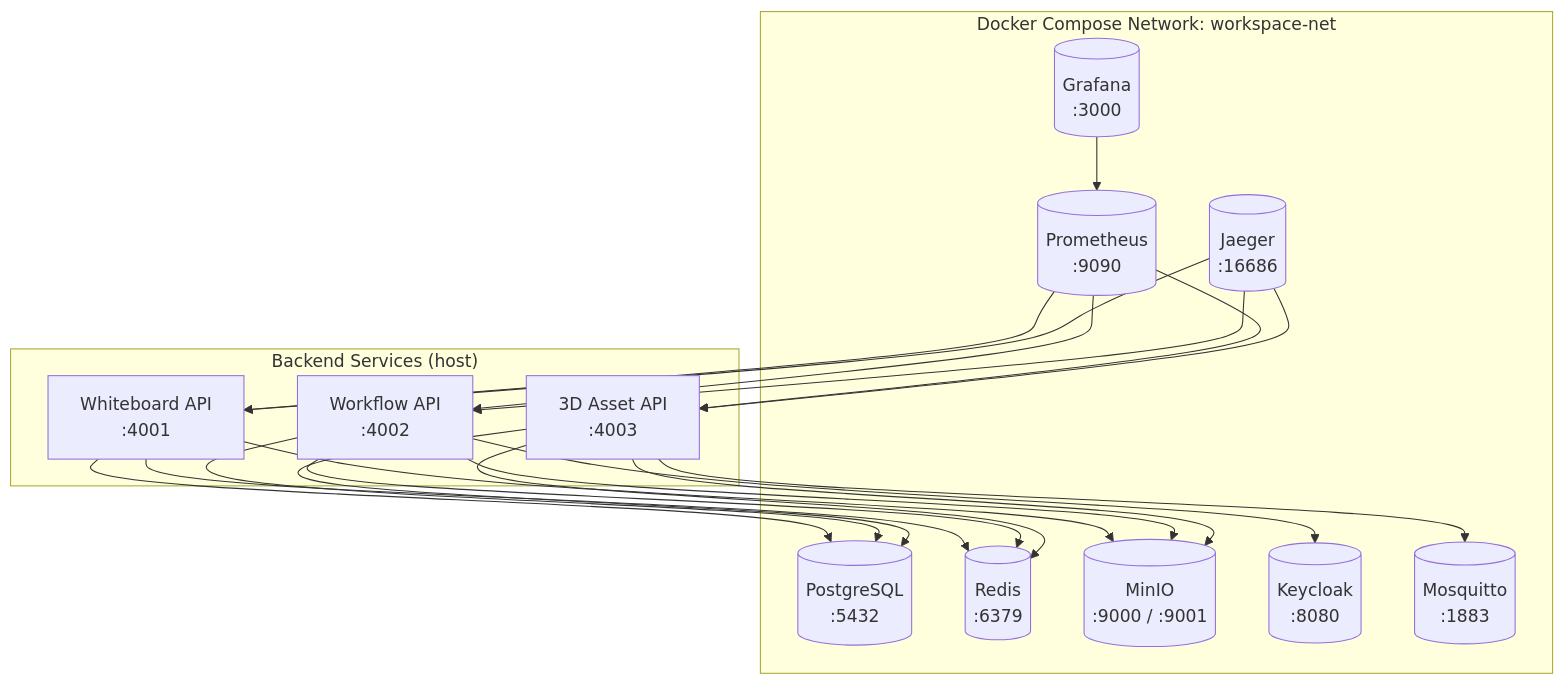
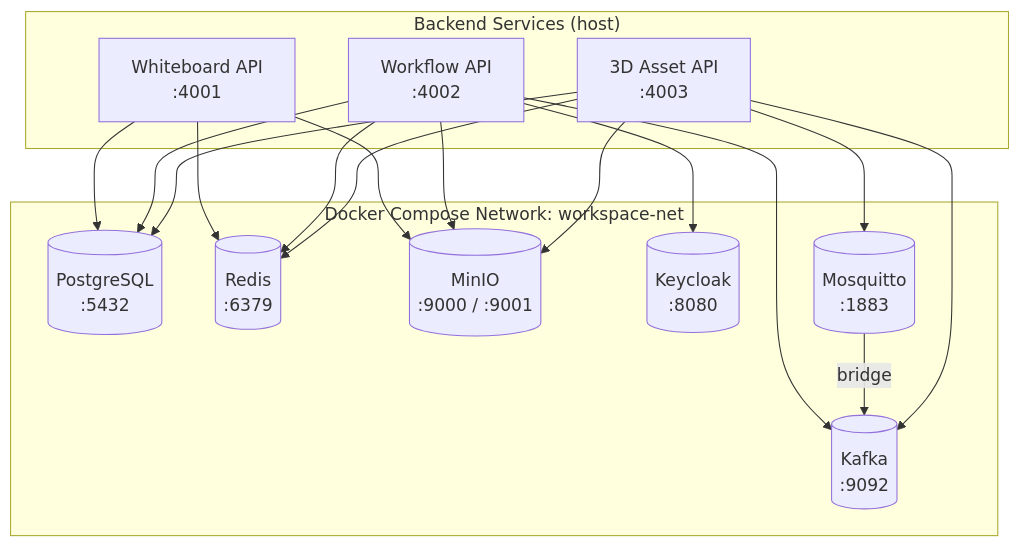
The diagram in docs/global_infra.md (Eyolf6Coyote7/Eyolf6Coyote7), drawn with Mermaid before and after one commit. The commit also changed other lines of this file and 1 other file, not shown here.

First line of the commit message:
📘docs#23: remove DevOps tools, add Kafka, add messaging patterns

````diff
--- a/docs/global_infra.md
+++ b/docs/global_infra.md
@@ -9,38 +9,32 @@
 ```mermaid
 graph TD
   subgraph "Docker Compose Network: workspace-net"
     PG[(PostgreSQL<br/>:5432)]
     RD[(Redis<br/>:6379)]
     MIO[(MinIO<br/>:9000 / :9001)]
     KC[(Keycloak<br/>:8080)]
     MQ[(Mosquitto<br/>:1883)]
-    PROM[(Prometheus<br/>:9090)]
-    GRAF[(Grafana<br/>:3000)]
-    JAEG[(Jaeger<br/>:16686)]
+    KF[(Kafka<br/>:9092)]
   end
 
   subgraph "Backend Services (host)"
     WB[Whiteboard API<br/>:4001]
     WF[Workflow API<br/>:4002]
     TD[3D Asset API<br/>:4003]
   end
 
   WB --> PG
   WB --> RD
   WB --> MIO
   WF --> PG
   WF --> RD
   WF --> MIO
   WF --> KC
+  WF --> KF
   TD --> PG
   TD --> RD
   TD --> MIO
   TD --> MQ
-  PROM --> WB
-  PROM --> WF
-  PROM --> TD
-  GRAF --> PROM
-  JAEG --> WB
-  JAEG --> WF
-  JAEG --> TD
+  MQ -->|bridge| KF
+  TD --> KF
 ```
````
